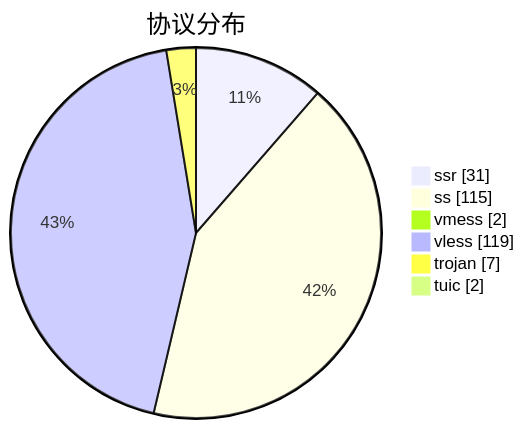
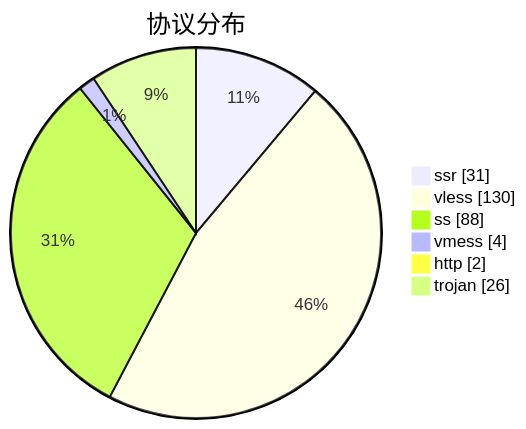
The third of 3 diagrams in subs/statistics/tested_within.md (qjlxg/airport), drawn with Mermaid before and after one commit. The commit also changed other lines of this file and 2 other files, not shown here.

````diff
--- a/subs/statistics/tested_within.md
+++ b/subs/statistics/tested_within.md
@@ -31,10 +34,10 @@
 ```mermaid
 pie showData
 title 协议分布
 "ssr" : 31
-"ss" : 115
-"vmess" : 2
-"vless" : 119
-"trojan" : 7
-"tuic" : 2
+"vless" : 130
+"ss" : 88
+"vmess" : 4
+"http" : 2
+"trojan" : 26
 ```
````
